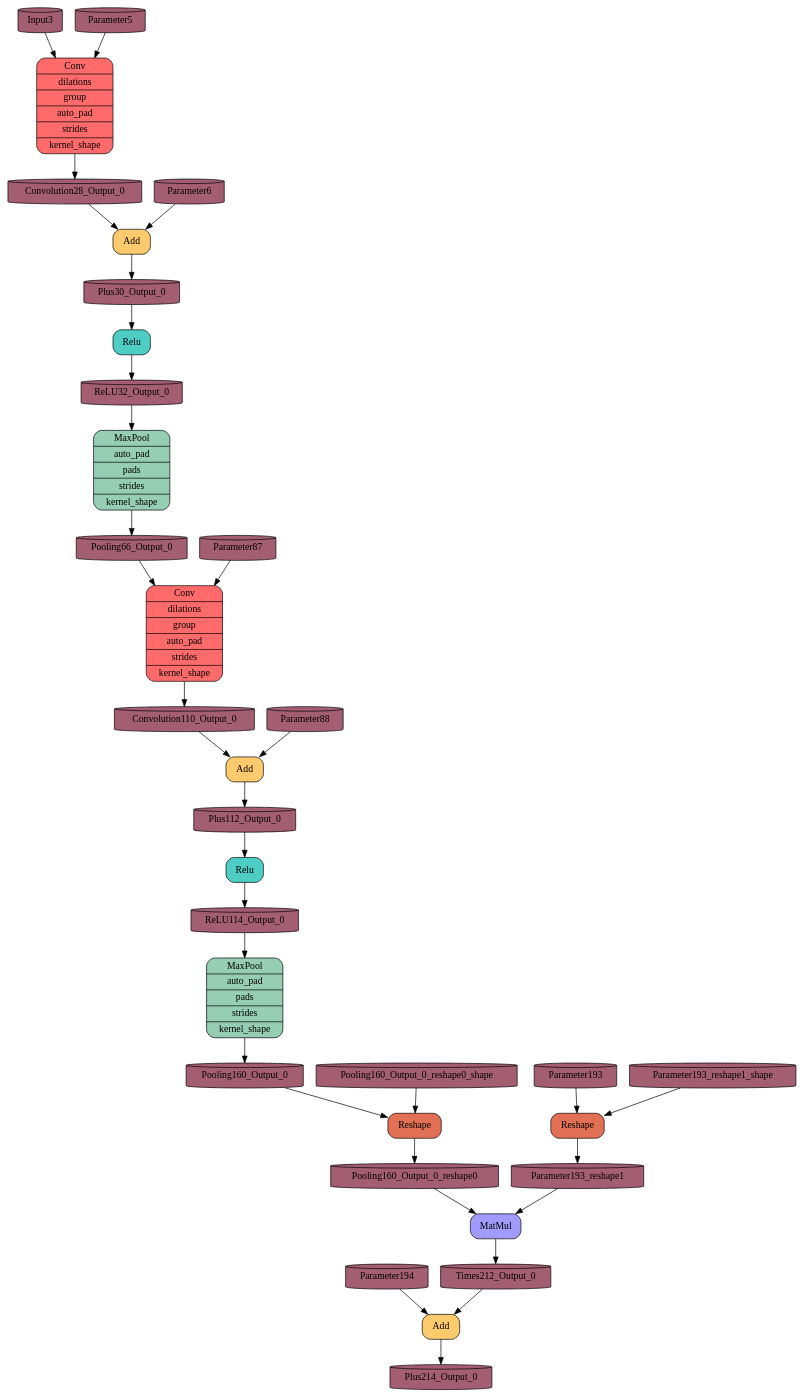
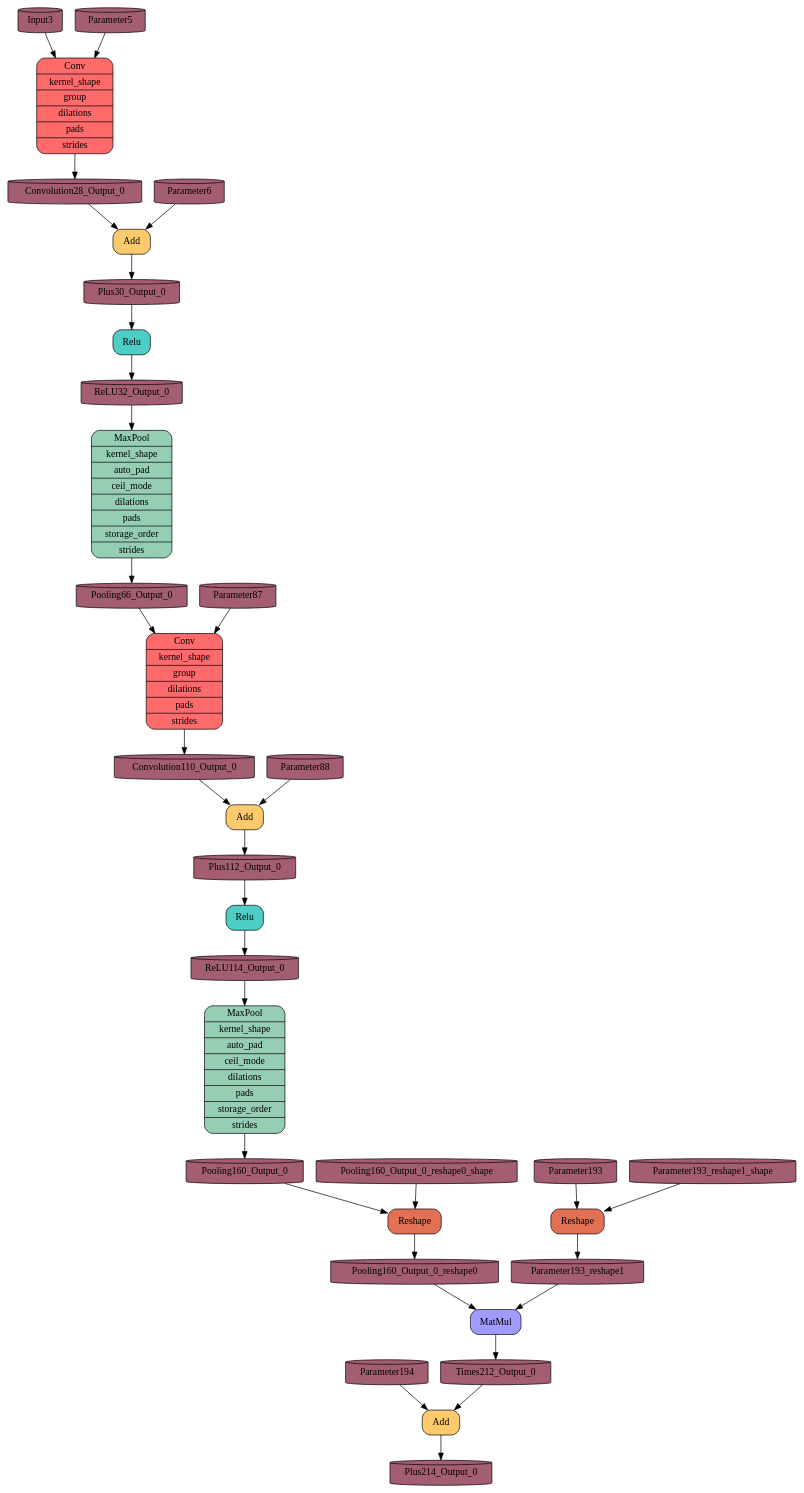
Before and after one commit to Barkir/BebraTensor: the diagram in dot/mnist-8.dot, drawn with Graphviz. The commit also changed 12 other files, not shown here.

```diff
--- a/dot/mnist-8.dot
+++ b/dot/mnist-8.dot
@@ -1,78 +1,102 @@
 digraph{
-node0x3680a30["label"="{Reshape}",shape=Mrecord style=filled, fillcolor="#E17055"]
+node0x19d2c1d0["label"="{Reshape}",shape=Mrecord style=filled, fillcolor="#E17055"]
 tensorParameter193[label=Parameter193, shape=cylinder, style=filled, fillcolor="#A45E72"]
-tensorParameter193->node0x3680a30
+tensorParameter193->node0x19d2c1d0
 tensorParameter193_reshape1_shape[label=Parameter193_reshape1_shape, shape=cylinder, style=filled, fillcolor="#A45E72"]
-tensorParameter193_reshape1_shape->node0x3680a30
+tensorParameter193_reshape1_shape->node0x19d2c1d0
 tensorParameter193_reshape1[label=Parameter193_reshape1, shape=cylinder, style=filled, fillcolor="#A45E72"]
-node0x3680a30->tensorParameter193_reshape1
-node0x3680ab8["label"="{Conv|dilations|group|auto_pad|strides|kernel_shape}",shape=Mrecord style=filled, fillcolor="#FF6B6B"]
+node0x19d2c1d0->tensorParameter193_reshape1
+node0x19d2c2f8["label"="{Conv|kernel_shape
+|group
+|dilations
+|pads
+|strides
+}",shape=Mrecord style=filled, fillcolor="#FF6B6B"]
 tensorInput3[label=Input3, shape=cylinder, style=filled, fillcolor="#A45E72"]
-tensorInput3->node0x3680ab8
+tensorInput3->node0x19d2c2f8
 tensorParameter5[label=Parameter5, shape=cylinder, style=filled, fillcolor="#A45E72"]
-tensorParameter5->node0x3680ab8
+tensorParameter5->node0x19d2c2f8
 tensorConvolution28_Output_0[label=Convolution28_Output_0, shape=cylinder, style=filled, fillcolor="#A45E72"]
-node0x3680ab8->tensorConvolution28_Output_0
-node0x3680b40["label"="{Add}",shape=Mrecord style=filled, fillcolor="#FDCB6E"]
+node0x19d2c2f8->tensorConvolution28_Output_0
+node0x19d2c420["label"="{Add}",shape=Mrecord style=filled, fillcolor="#FDCB6E"]
 tensorConvolution28_Output_0[label=Convolution28_Output_0, shape=cylinder, style=filled, fillcolor="#A45E72"]
-tensorConvolution28_Output_0->node0x3680b40
+tensorConvolution28_Output_0->node0x19d2c420
 tensorParameter6[label=Parameter6, shape=cylinder, style=filled, fillcolor="#A45E72"]
-tensorParameter6->node0x3680b40
+tensorParameter6->node0x19d2c420
 tensorPlus30_Output_0[label=Plus30_Output_0, shape=cylinder, style=filled, fillcolor="#A45E72"]
-node0x3680b40->tensorPlus30_Output_0
-node0x3680bc8["label"="{Relu}",shape=Mrecord style=filled, fillcolor="#4ECDC4"]
+node0x19d2c420->tensorPlus30_Output_0
+node0x19d2c548["label"="{Relu}",shape=Mrecord style=filled, fillcolor="#4ECDC4"]
 tensorPlus30_Output_0[label=Plus30_Output_0, shape=cylinder, style=filled, fillcolor="#A45E72"]
-tensorPlus30_Output_0->node0x3680bc8
+tensorPlus30_Output_0->node0x19d2c548
 tensorReLU32_Output_0[label=ReLU32_Output_0, shape=cylinder, style=filled, fillcolor="#A45E72"]
-node0x3680bc8->tensorReLU32_Output_0
-node0x3680c50["label"="{MaxPool|auto_pad|pads|strides|kernel_shape}",shape=Mrecord style=filled, fillcolor="#96CEB4"]
+node0x19d2c548->tensorReLU32_Output_0
+node0x19d2c670["label"="{MaxPool|kernel_shape
+|auto_pad
+|ceil_mode
+|dilations
+|pads
+|storage_order
+|strides
+}",shape=Mrecord style=filled, fillcolor="#96CEB4"]
 tensorReLU32_Output_0[label=ReLU32_Output_0, shape=cylinder, style=filled, fillcolor="#A45E72"]
-tensorReLU32_Output_0->node0x3680c50
+tensorReLU32_Output_0->node0x19d2c670
 tensorPooling66_Output_0[label=Pooling66_Output_0, shape=cylinder, style=filled, fillcolor="#A45E72"]
-node0x3680c50->tensorPooling66_Output_0
-node0x3680cd8["label"="{Conv|dilations|group|auto_pad|strides|kernel_shape}",shape=Mrecord style=filled, fillcolor="#FF6B6B"]
+node0x19d2c670->tensorPooling66_Output_0
+node0x19d2c798["label"="{Conv|kernel_shape
+|group
+|dilations
+|pads
+|strides
+}",shape=Mrecord style=filled, fillcolor="#FF6B6B"]
 tensorPooling66_Output_0[label=Pooling66_Output_0, shape=cylinder, style=filled, fillcolor="#A45E72"]
-tensorPooling66_Output_0->node0x3680cd8
+tensorPooling66_Output_0->node0x19d2c798
 tensorParameter87[label=Parameter87, shape=cylinder, style=filled, fillcolor="#A45E72"]
-tensorParameter87->node0x3680cd8
+tensorParameter87->node0x19d2c798
 tensorConvolution110_Output_0[label=Convolution110_Output_0, shape=cylinder, style=filled, fillcolor="#A45E72"]
-node0x3680cd8->tensorConvolution110_Output_0
-node0x3680d60["label"="{Add}",shape=Mrecord style=filled, fillcolor="#FDCB6E"]
+node0x19d2c798->tensorConvolution110_Output_0
+node0x19d2c8c0["label"="{Add}",shape=Mrecord style=filled, fillcolor="#FDCB6E"]
 tensorConvolution110_Output_0[label=Convolution110_Output_0, shape=cylinder, style=filled, fillcolor="#A45E72"]
-tensorConvolution110_Output_0->node0x3680d60
+tensorConvolution110_Output_0->node0x19d2c8c0
 tensorParameter88[label=Parameter88, shape=cylinder, style=filled, fillcolor="#A45E72"]
-tensorParameter88->node0x3680d60
+tensorParameter88->node0x19d2c8c0
 tensorPlus112_Output_0[label=Plus112_Output_0, shape=cylinder, style=filled, fillcolor="#A45E72"]
-node0x3680d60->tensorPlus112_Output_0
-node0x3680de8["label"="{Relu}",shape=Mrecord style=filled, fillcolor="#4ECDC4"]
+node0x19d2c8c0->tensorPlus112_Output_0
+node0x19d2c9e8["label"="{Relu}",shape=Mrecord style=filled, fillcolor="#4ECDC4"]
 tensorPlus112_Output_0[label=Plus112_Output_0, shape=cylinder, style=filled, fillcolor="#A45E72"]
-tensorPlus112_Output_0->node0x3680de8
+tensorPlus112_Output_0->node0x19d2c9e8
 tensorReLU114_Output_0[label=ReLU114_Output_0, shape=cylinder, style=filled, fillcolor="#A45E72"]
-node0x3680de8->tensorReLU114_Output_0
-node0x3680e70["label"="{MaxPool|auto_pad|pads|strides|kernel_shape}",shape=Mrecord style=filled, fillcolor="#96CEB4"]
+node0x19d2c9e8->tensorReLU114_Output_0
+node0x19d2cb10["label"="{MaxPool|kernel_shape
+|auto_pad
+|ceil_mode
+|dilations
+|pads
+|storage_order
+|strides
+}",shape=Mrecord style=filled, fillcolor="#96CEB4"]
 tensorReLU114_Output_0[label=ReLU114_Output_0, shape=cylinder, style=filled, fillcolor="#A45E72"]
-tensorReLU114_Output_0->node0x3680e70
+tensorReLU114_Output_0->node0x19d2cb10
 tensorPooling160_Output_0[label=Pooling160_Output_0, shape=cylinder, style=filled, fillcolor="#A45E72"]
-node0x3680e70->tensorPooling160_Output_0
-node0x3680ef8["label"="{Reshape}",shape=Mrecord style=filled, fillcolor="#E17055"]
+node0x19d2cb10->tensorPooling160_Output_0
+node0x19d2cc38["label"="{Reshape}",shape=Mrecord style=filled, fillcolor="#E17055"]
 tensorPooling160_Output_0[label=Pooling160_Output_0, shape=cylinder, style=filled, fillcolor="#A45E72"]
-tensorPooling160_Output_0->node0x3680ef8
+tensorPooling160_Output_0->node0x19d2cc38
 tensorPooling160_Output_0_reshape0_shape[label=Pooling160_Output_0_reshape0_shape, shape=cylinder, style=filled, fillcolor="#A45E72"]
-tensorPooling160_Output_0_reshape0_shape->node0x3680ef8
+tensorPooling160_Output_0_reshape0_shape->node0x19d2cc38
 tensorPooling160_Output_0_reshape0[label=Pooling160_Output_0_reshape0, shape=cylinder, style=filled, fillcolor="#A45E72"]
-node0x3680ef8->tensorPooling160_Output_0_reshape0
-node0x3680f80["label"="{MatMul}",shape=Mrecord style=filled, fillcolor="#A29BFE"]
+node0x19d2cc38->tensorPooling160_Output_0_reshape0
+node0x19d2cd60["label"="{MatMul}",shape=Mrecord style=filled, fillcolor="#A29BFE"]
 tensorPooling160_Output_0_reshape0[label=Pooling160_Output_0_reshape0, shape=cylinder, style=filled, fillcolor="#A45E72"]
-tensorPooling160_Output_0_reshape0->node0x3680f80
+tensorPooling160_Output_0_reshape0->node0x19d2cd60
 tensorParameter193_reshape1[label=Parameter193_reshape1, shape=cylinder, style=filled, fillcolor="#A45E72"]
-tensorParameter193_reshape1->node0x3680f80
+tensorParameter193_reshape1->node0x19d2cd60
 tensorTimes212_Output_0[label=Times212_Output_0, shape=cylinder, style=filled, fillcolor="#A45E72"]
-node0x3680f80->tensorTimes212_Output_0
-node0x3681008["label"="{Add}",shape=Mrecord style=filled, fillcolor="#FDCB6E"]
+node0x19d2cd60->tensorTimes212_Output_0
+node0x19d2ce88["label"="{Add}",shape=Mrecord style=filled, fillcolor="#FDCB6E"]
 tensorTimes212_Output_0[label=Times212_Output_0, shape=cylinder, style=filled, fillcolor="#A45E72"]
-tensorTimes212_Output_0->node0x3681008
+tensorTimes212_Output_0->node0x19d2ce88
 tensorParameter194[label=Parameter194, shape=cylinder, style=filled, fillcolor="#A45E72"]
-tensorParameter194->node0x3681008
+tensorParameter194->node0x19d2ce88
 tensorPlus214_Output_0[label=Plus214_Output_0, shape=cylinder, style=filled, fillcolor="#A45E72"]
-node0x3681008->tensorPlus214_Output_0
+node0x19d2ce88->tensorPlus214_Output_0
 }
```
